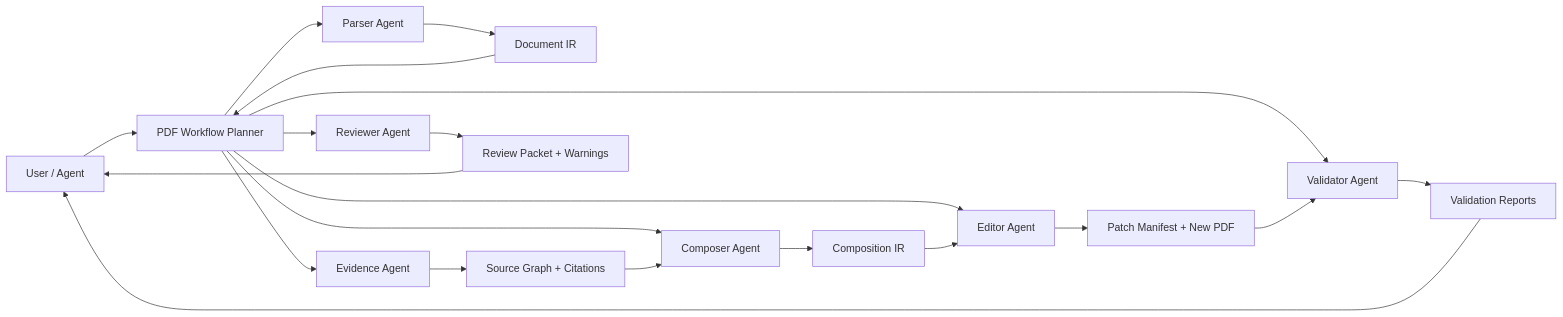
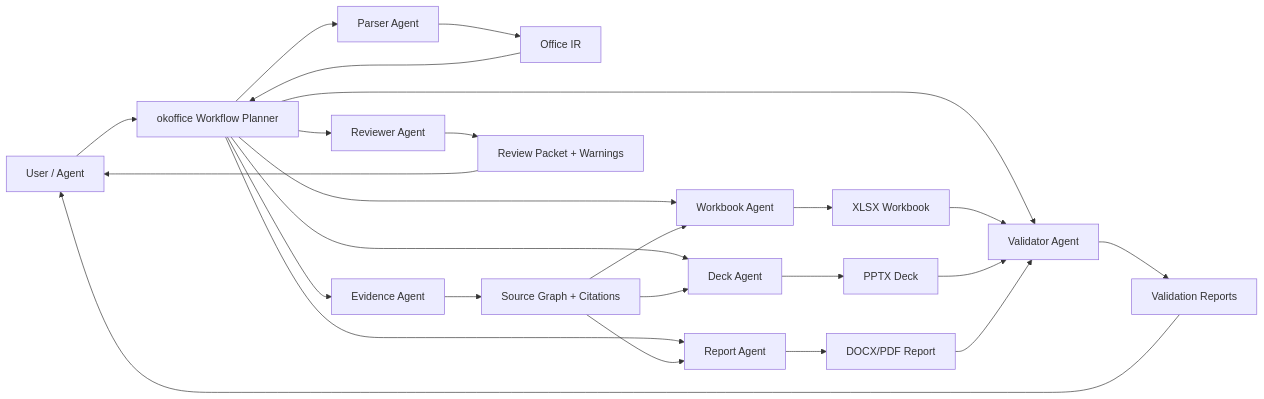
The diagram in docs/34_AGENT_INFRA_AI_CLOUD_STRATEGY.md (tover0314-w/OKoffice), drawn with Mermaid before and after one commit. The commit also changed other lines of this file and 67 other files, not shown here.

Commit message:
Bootstrap OKoffice agent-native office infra

````diff
--- a/docs/34_AGENT_INFRA_AI_CLOUD_STRATEGY.md
+++ b/docs/34_AGENT_INFRA_AI_CLOUD_STRATEGY.md
@@ -145,22 +154,27 @@
 ```mermaid
 flowchart LR
-  A["User / Agent"] --> B["PDF Workflow Planner"]
+  A["User / Agent"] --> B["okoffice Workflow Planner"]
   B --> C["Parser Agent"]
   B --> D["Evidence Agent"]
-  B --> E["Composer Agent"]
-  B --> F["Editor Agent"]
-  B --> G["Validator Agent"]
-  B --> H["Reviewer Agent"]
-  C --> I["Document IR"]
-  D --> J["Source Graph + Citations"]
-  E --> K["Composition IR"]
-  F --> L["Patch Manifest + New PDF"]
-  G --> M["Validation Reports"]
-  H --> N["Review Packet + Warnings"]
-  I --> B
-  J --> E
+  B --> E["Workbook Agent"]
+  B --> F["Deck Agent"]
+  B --> G["Report Agent"]
+  B --> H["Validator Agent"]
+  B --> I["Reviewer Agent"]
+  C --> J["Office IR"]
+  D --> K["Source Graph + Citations"]
+  E --> L["XLSX Workbook"]
+  F --> M["PPTX Deck"]
+  G --> N["DOCX/PDF Report"]
+  H --> O["Validation Reports"]
+  I --> P["Review Packet + Warnings"]
+  J --> B
+  K --> E
   K --> F
-  L --> G
-  M --> A
-  N --> A
+  K --> G
+  L --> H
+  M --> H
+  N --> H
+  O --> A
+  P --> A
 ```
````
